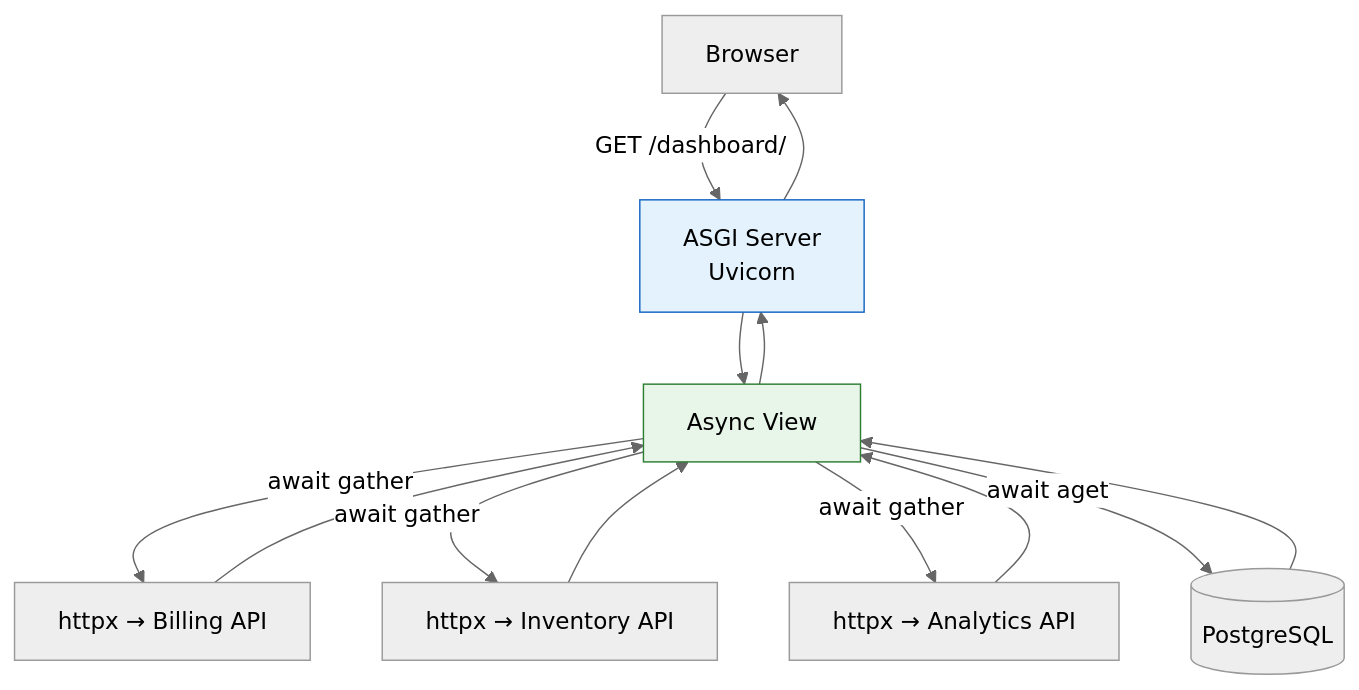
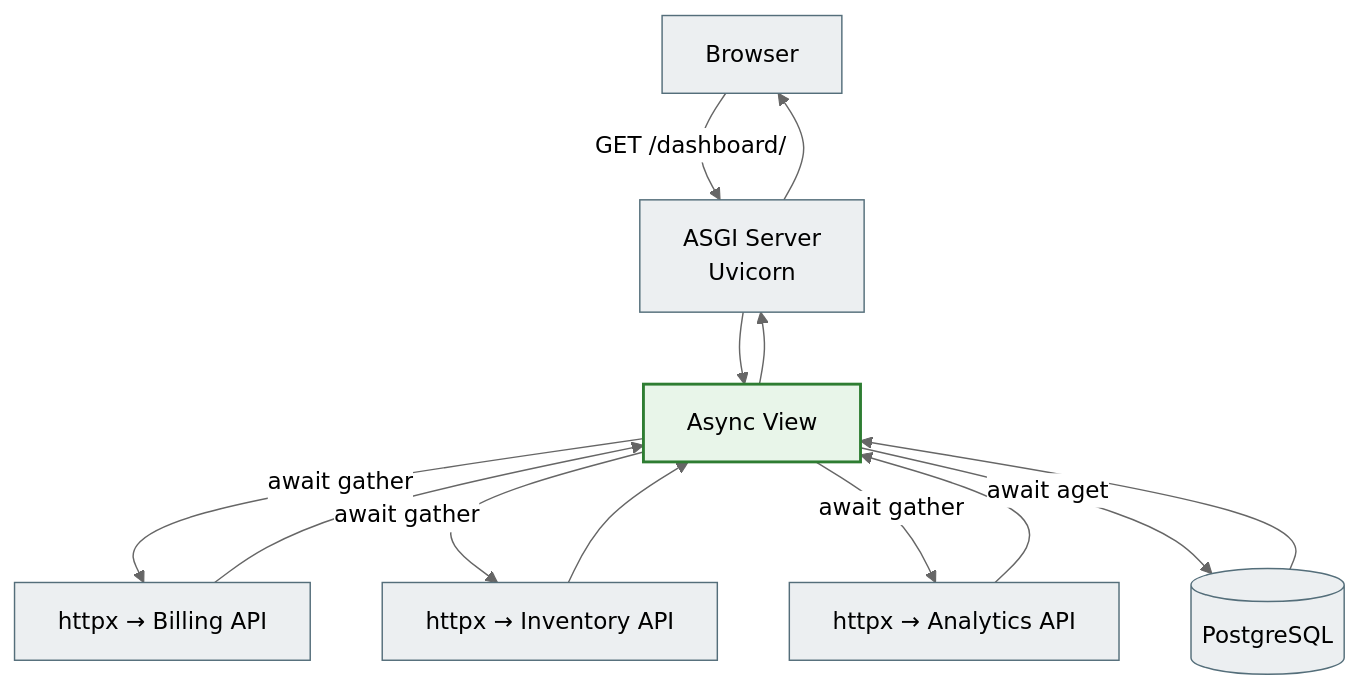
The fourth of 5 diagrams in docs/09_async_and_realtime/async_09_async_use_cases_full.md (NikoriakViktot/notes_chat_app), drawn with Mermaid (neutral theme) before and after one commit. The commit also changed other lines of this file and 441 other files, not shown here.

First line of the commit message:
Add English version of the book, Mermaid standard, docs fixes

````diff
--- a/docs/09_async_and_realtime/async_09_async_use_cases_full.md
+++ b/docs/09_async_and_realtime/async_09_async_use_cases_full.md
@@ -245,18 +252,20 @@
 ```mermaid
 graph TD
-    Browser -->|GET /dashboard/| ASGI[ASGI Server\nUvicorn]
+    Browser -->|GET /dashboard/| ASGI["ASGI Server<br>Uvicorn"]
     ASGI --> View[Async View]
     View -->|await gather| H1[httpx → Billing API]
     View -->|await gather| H2[httpx → Inventory API]
     View -->|await gather| H3[httpx → Analytics API]
     View -->|await aget| DB[(PostgreSQL)]
     H1 --> View
     H2 --> View
     H3 --> View
     DB --> View
     View --> ASGI
     ASGI --> Browser
 
-    style View fill:#e8f5e9,stroke:#2e7d32
-    style ASGI fill:#e3f2fd,stroke:#1565c0
+    classDef step     fill:#eceff1,stroke:#546e7a,stroke-width:1px;
+    classDef success  fill:#e8f5e9,stroke:#2e7d32,stroke-width:2px;
+    class Browser,ASGI,H1,H2,H3,DB step;
+    class View success;
 ```
````
